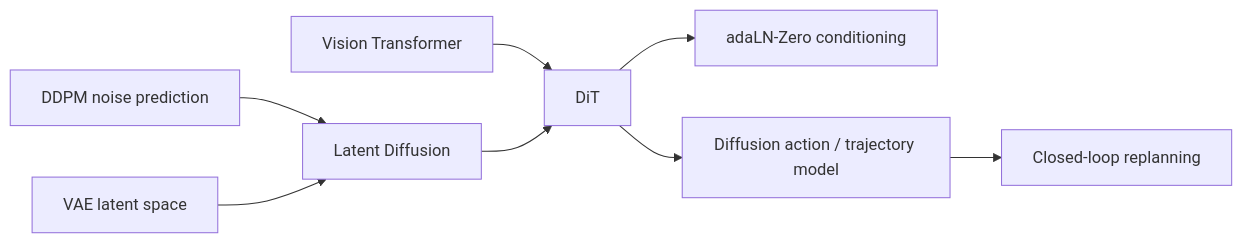
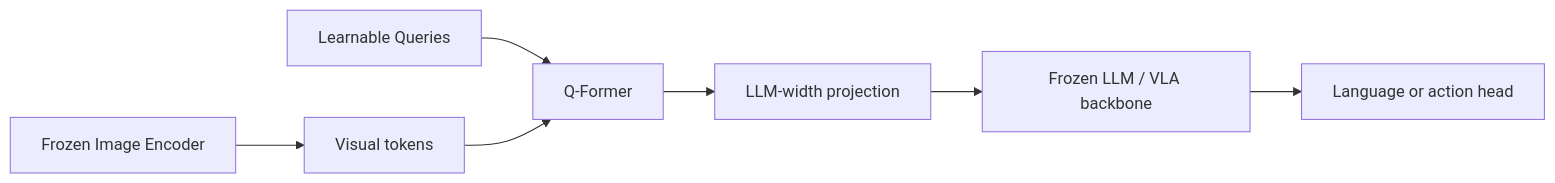
One commit to hundredthtree-OvO/EmbodiedCard changed the seventh of 8 diagrams in KNOWLEDGE_GRAPH.md. Above: the diagram before and after it, drawn with Mermaid. The commit also changed other lines of this file and 3 other files, not shown here.

Commit message:
refine graph rules and add Q-Former card

````diff
--- a/KNOWLEDGE_GRAPH.md
+++ b/KNOWLEDGE_GRAPH.md
@@ -102,10 +90,9 @@
 ```mermaid
 flowchart LR
-    D["DDPM noise prediction"] --> L["Latent Diffusion"]
-    V["VAE latent space"] --> L
-    T["Vision Transformer"] --> I["DiT"]
-    L --> I
-    I --> A["adaLN-Zero conditioning"]
-    I --> P["Diffusion action / trajectory model"]
-    P --> R["Closed-loop replanning"]
+    I["Frozen Image Encoder"] --> V["Visual tokens"]
+    Q["Learnable Queries"] --> F["Q-Former"]
+    V --> F
+    F --> P["LLM-width projection"]
+    P --> L["Frozen LLM / VLA backbone"]
+    L --> A["Language or action head"]
 ```
````
